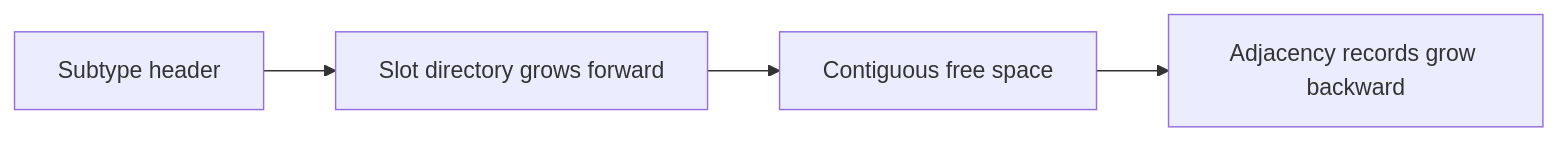
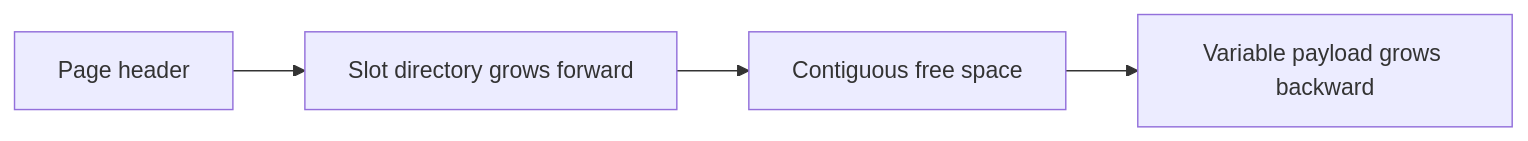
One commit to nexepic/zyx changed the second of 3 diagrams in docs/apps/docs/content/docs/en/zyx/architecture/segment-storage-vnext.mdx. Above: the diagram before and after it, drawn with Mermaid. The commit also changed other lines of this file and 1 other file, not shown here.

````diff
--- a/docs/apps/docs/content/docs/en/zyx/architecture/segment-storage-vnext.mdx
+++ b/docs/apps/docs/content/docs/en/zyx/architecture/segment-storage-vnext.mdx
@@ -112,6 +172,6 @@
 ```mermaid
 flowchart LR
-    H["Subtype header"] --> S["Slot directory grows forward"]
+    H["Page header"] --> S["Slot directory grows forward"]
     S --> F["Contiguous free space"]
-    F --> R["Adjacency records grow backward"]
+    F --> P["Variable payload grows backward"]
 ```
````
